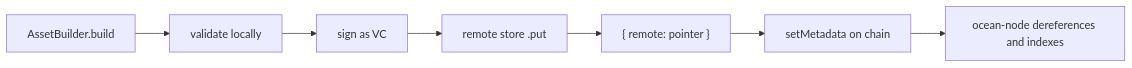
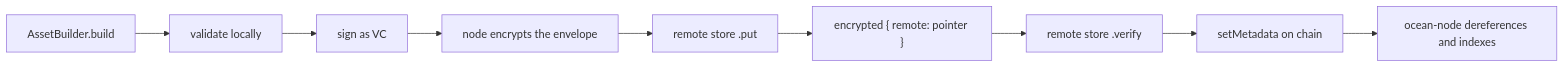
The diagram in docs/pages/docs/guides/remote-stores.mdx (deltaDAO/nautilus), drawn with Mermaid before and after one commit. The commit also changed other lines of this file and 32 other files, not shown here.

Commit message:
docs: document the 4.2 envelope, remote stores and known ocean-node 4.2 issues

````diff
--- a/docs/pages/docs/guides/remote-stores.mdx
+++ b/docs/pages/docs/guides/remote-stores.mdx
@@ -10,9 +10,11 @@
 ```mermaid
 flowchart LR
   A[AssetBuilder.build] --> B[validate locally]
   B --> C[sign as VC]
-  C --> D[remote store .put]
-  D --> E["{ remote: pointer }"]
-  E --> F[setMetadata on chain]
-  F --> G[ocean-node dereferences and indexes]
+  C --> D[node encrypts the envelope]
+  D --> E[remote store .put]
+  E --> F["encrypted { remote: pointer }"]
+  F --> V[remote store .verify]
+  V --> G[setMetadata on chain]
+  G --> H[ocean-node dereferences and indexes]
 ```
````
